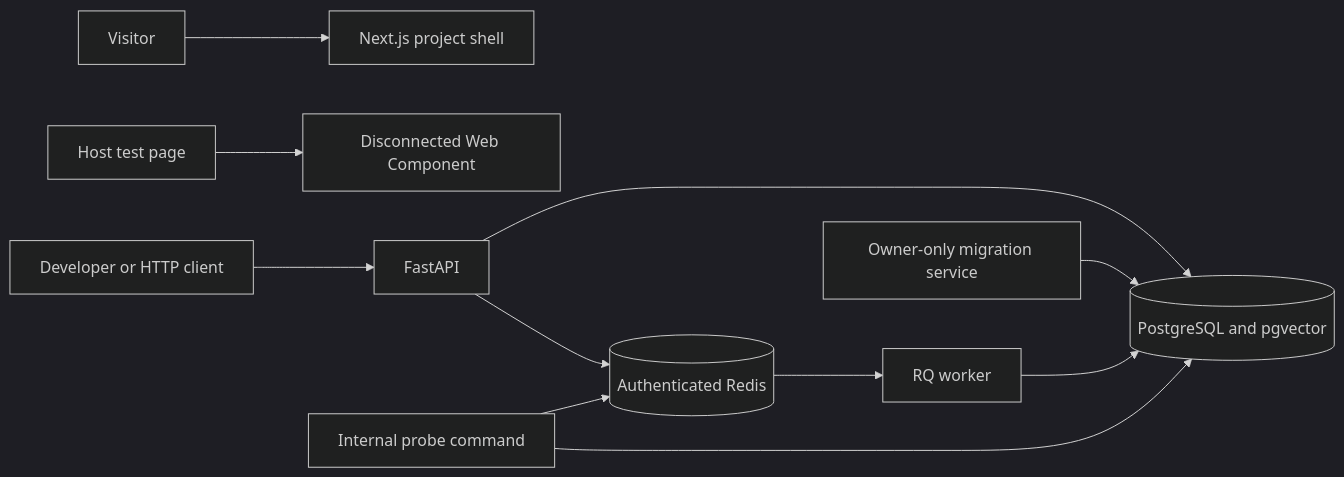
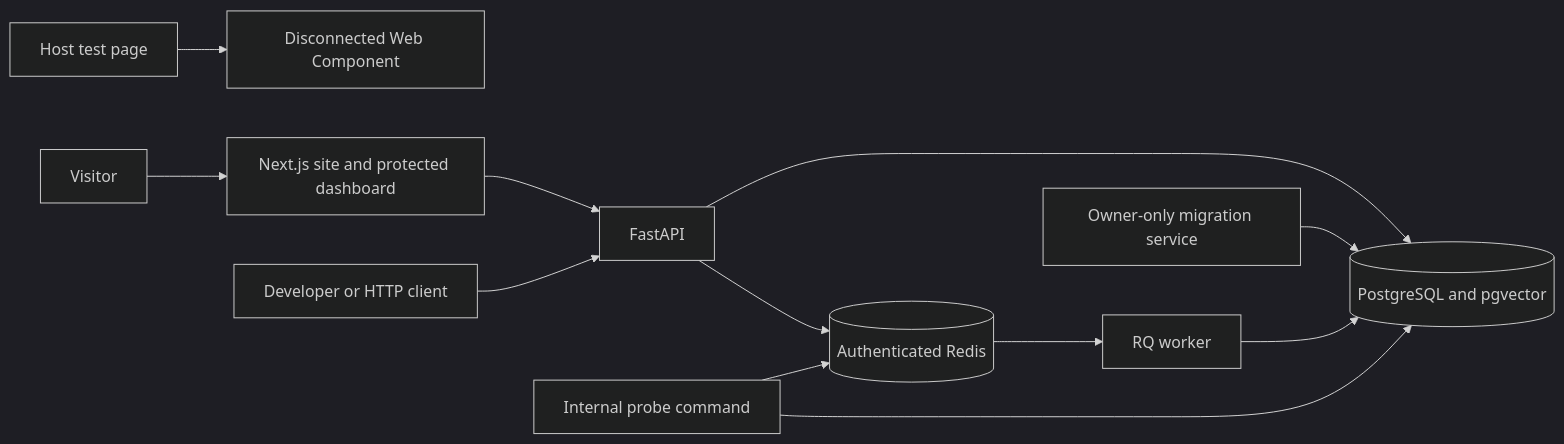
Before and after one commit to iamhamzakhokhar/ai-knowledge-assistant: the diagram in README.md, drawn with Mermaid (dark theme). The commit also changed other lines of this file and 38 other files, not shown here.

````diff
--- a/README.md
+++ b/README.md
@@ -79,13 +82,14 @@
 ```mermaid
 flowchart LR
-    Visitor[Visitor] --> Web[Next.js project shell]
+    Visitor[Visitor] --> Web[Next.js site and protected dashboard]
     HostPage[Host test page] --> Widget[Disconnected Web Component]
     Client[Developer or HTTP client] --> API[FastAPI]
+    Web --> API
     API --> DB[(PostgreSQL and pgvector)]
     API --> Redis[(Authenticated Redis)]
     Probe[Internal probe command] --> Redis
     Redis --> Worker[RQ worker]
     Probe --> DB
     Worker --> DB
     Migration[Owner-only migration service] --> DB
 ```
````
